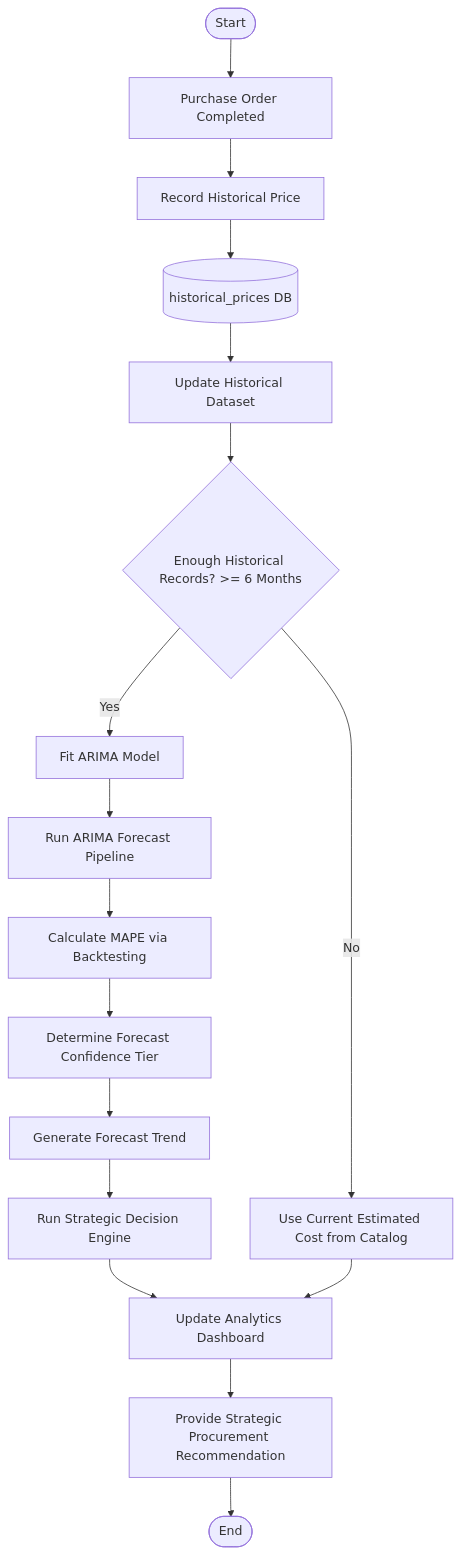
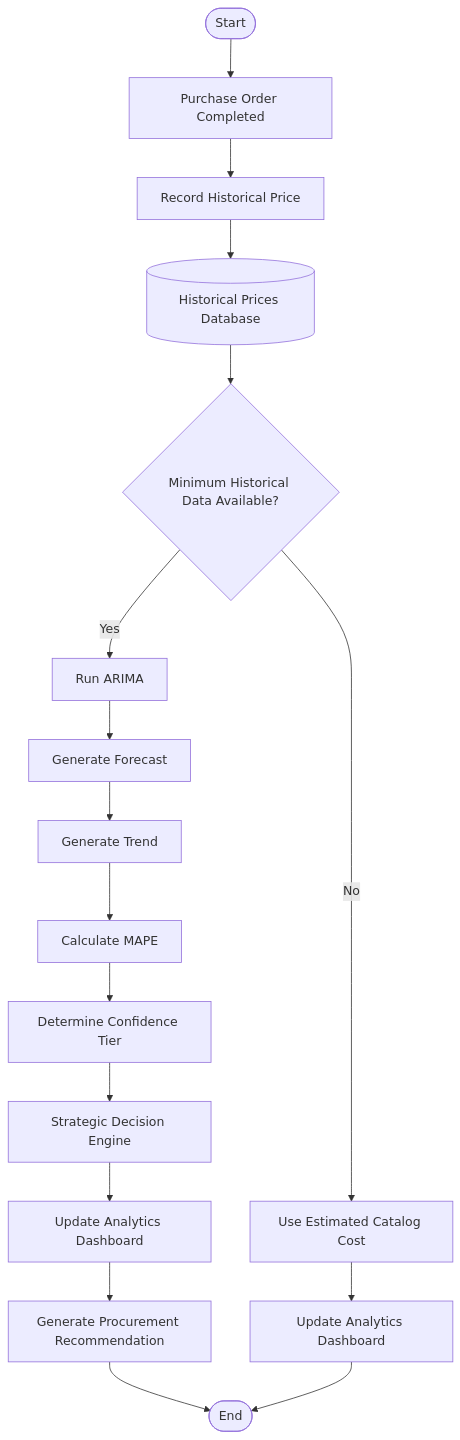
The third of 5 diagrams in docs/system_flowcharts.md (vinaaamariee/procurewisee), drawn with Mermaid before and after one commit. The commit also changed other lines of this file and 2 other files, not shown here.

Commit message:
docs: create ProcureWise Data Flow Diagrams and update README reference guides

````diff
--- a/docs/system_flowcharts.md
+++ b/docs/system_flowcharts.md
@@ -173,44 +137,43 @@
 ```mermaid
 flowchart TD
     %% Node Definitions
     StartNode([Start])
     POCompleted[Purchase Order Completed]
-    StorePrice[Record Historical Price]
-    DB_Price[(historical_prices DB)]
-    UpdateDataset[Update Historical Dataset]
+    RecordPrice[Record Historical Price]
+    DB_Price[(Historical Prices Database)]
     
-    DecideData{"Enough Historical Records? >= 6 Months"}
-    FallbackPrice[Use Current Estimated Cost from Catalog]
+    DecideData{"Minimum Historical Data Available?"}
+    EstimatedCost[Use Estimated Catalog Cost]
     
-    FitARIMA[Fit ARIMA Model]
-    RunForecast[Run ARIMA Forecast Pipeline]
-    CalcMAPE[Calculate MAPE via Backtesting]
-    Confidence[Determine Forecast Confidence Tier]
-    Trend[Generate Forecast Trend]
-    DecisionEngine[Run Strategic Decision Engine]
+    RunARIMA[Run ARIMA]
+    GenForecast[Generate Forecast]
+    Trend[Generate Trend]
+    CalcMAPE[Calculate MAPE]
+    Confidence[Determine Confidence Tier]
+    DecisionEngine[Strategic Decision Engine]
     UpdateDash[Update Analytics Dashboard]
-    Recommend[Provide Strategic Procurement Recommendation]
+    Recommend[Generate Procurement Recommendation]
     
     EndNode([End])
 
     %% Flow Connections
     StartNode --> POCompleted
-    POCompleted --> StorePrice
-    StorePrice --> DB_Price
-    DB_Price --> UpdateDataset
-    UpdateDataset --> DecideData
+    POCompleted --> RecordPrice
+    RecordPrice --> DB_Price
+    DB_Price --> DecideData
     
-    DecideData -->|Yes| FitARIMA
-    DecideData -->|No| FallbackPrice
+    DecideData -->|Yes| RunARIMA
+    DecideData -->|No| EstimatedCost
     
-    FitARIMA --> RunForecast
-    RunForecast --> CalcMAPE
+    RunARIMA --> GenForecast
+    GenForecast --> Trend
+    Trend --> CalcMAPE
     CalcMAPE --> Confidence
-    Confidence --> Trend
-    Trend --> DecisionEngine
+    Confidence --> DecisionEngine
     DecisionEngine --> UpdateDash
     UpdateDash --> Recommend
     Recommend --> EndNode
     
-    FallbackPrice --> UpdateDash
+    EstimatedCost --> UpdateDashNo[Update Analytics Dashboard]
+    UpdateDashNo --> EndNode
 ```
````
